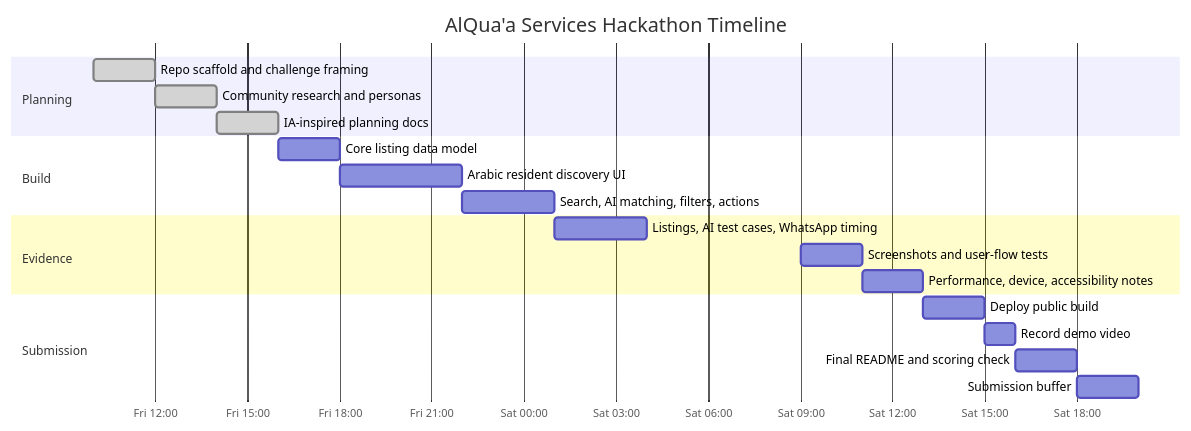
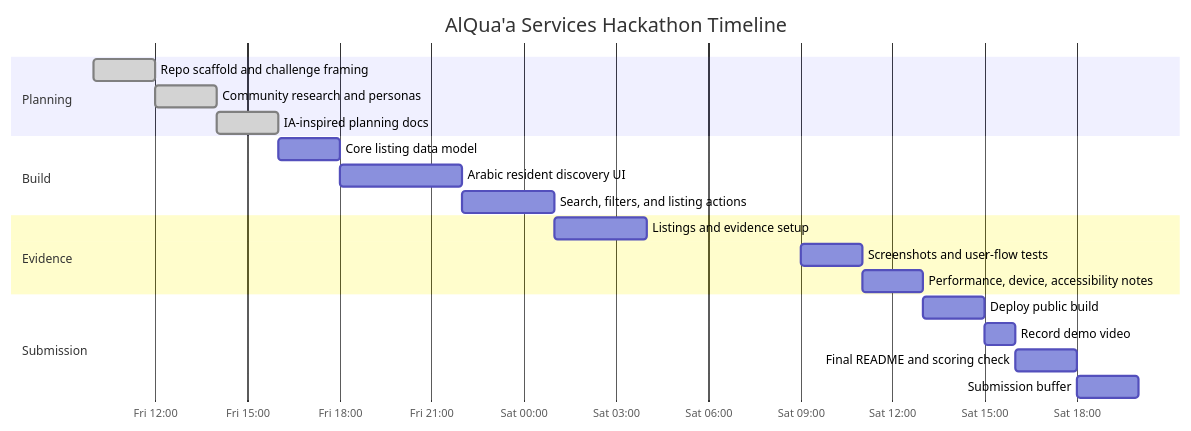
Before and after one commit to WebAlikm/alqua-services: the diagram in docs/timeline.md, drawn with Mermaid. The commit also changed other lines of this file and 31 other files, not shown here.

````diff
--- a/docs/timeline.md
+++ b/docs/timeline.md
@@ -28,27 +26,27 @@
 ```mermaid
 gantt
     title AlQua'a Services Hackathon Timeline
     dateFormat  YYYY-MM-DD HH:mm
     axisFormat  %a %H:%M
 
     section Planning
     Repo scaffold and challenge framing      :done,    p1, 2026-06-26 10:00, 2h
     Community research and personas          :done,    p2, 2026-06-26 12:00, 2h
     IA-inspired planning docs                :done,    p3, 2026-06-26 14:00, 2h
 
     section Build
     Core listing data model                  :         b1, 2026-06-26 16:00, 2h
     Arabic resident discovery UI             :         b2, 2026-06-26 18:00, 4h
-    Search, AI matching, filters, actions    :         b3, 2026-06-26 22:00, 3h
+    Search, filters, and listing actions     :         b3, 2026-06-26 22:00, 3h
 
     section Evidence
-    Listings, AI test cases, WhatsApp timing :         e1, 2026-06-27 01:00, 3h
+    Listings and evidence setup              :         e1, 2026-06-27 01:00, 3h
     Screenshots and user-flow tests          :         e2, 2026-06-27 09:00, 2h
     Performance, device, accessibility notes :         e3, 2026-06-27 11:00, 2h
 
     section Submission
     Deploy public build                      :         s1, 2026-06-27 13:00, 2h
     Record demo video                        :         s2, 2026-06-27 15:00, 1h
     Final README and scoring check           :         s3, 2026-06-27 16:00, 2h
     Submission buffer                        :         s4, 2026-06-27 18:00, 2h
 ```
````
